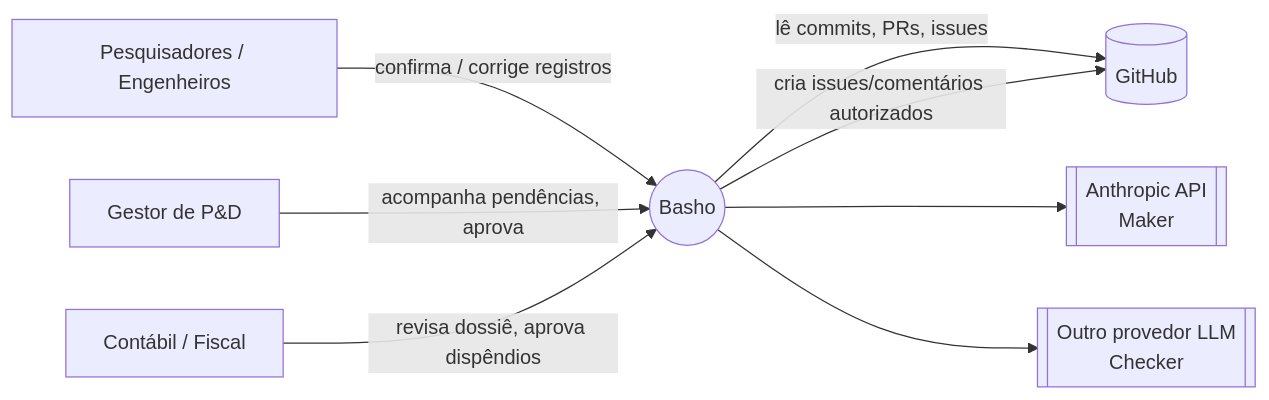
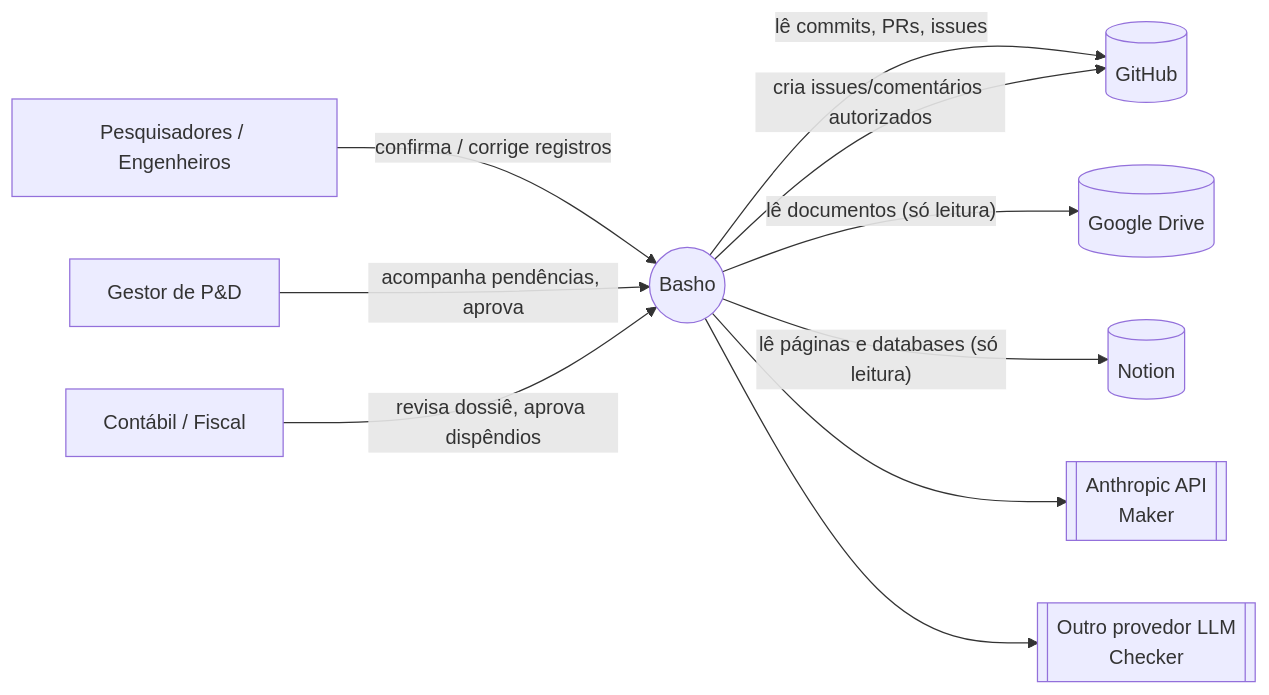
The first of 4 diagrams in docs/architecture.md (basho-team/Basho), drawn with Mermaid before and after one commit. The commit also changed other lines of this file and 28 other files, not shown here.

````diff
--- a/docs/architecture.md
+++ b/docs/architecture.md
@@ -22,18 +22,22 @@
 ```mermaid
 flowchart LR
     pesq[Pesquisadores / Engenheiros]
     gestor[Gestor de P&D]
     fiscal[Contábil / Fiscal]
     basho((Basho))
     gh[(GitHub)]
+    gd[(Google Drive)]
+    nt[(Notion)]
     llmA[[Anthropic API<br/>Maker]]
     llmB[[Outro provedor LLM<br/>Checker]]
 
     pesq -- confirma / corrige registros --> basho
     gestor -- acompanha pendências, aprova --> basho
     fiscal -- revisa dossiê, aprova dispêndios --> basho
     basho -- lê commits, PRs, issues --> gh
     basho -- cria issues/comentários autorizados --> gh
+    basho -- lê documentos (só leitura) --> gd
+    basho -- lê páginas e databases (só leitura) --> nt
     basho --> llmA
     basho --> llmB
 ```
````
